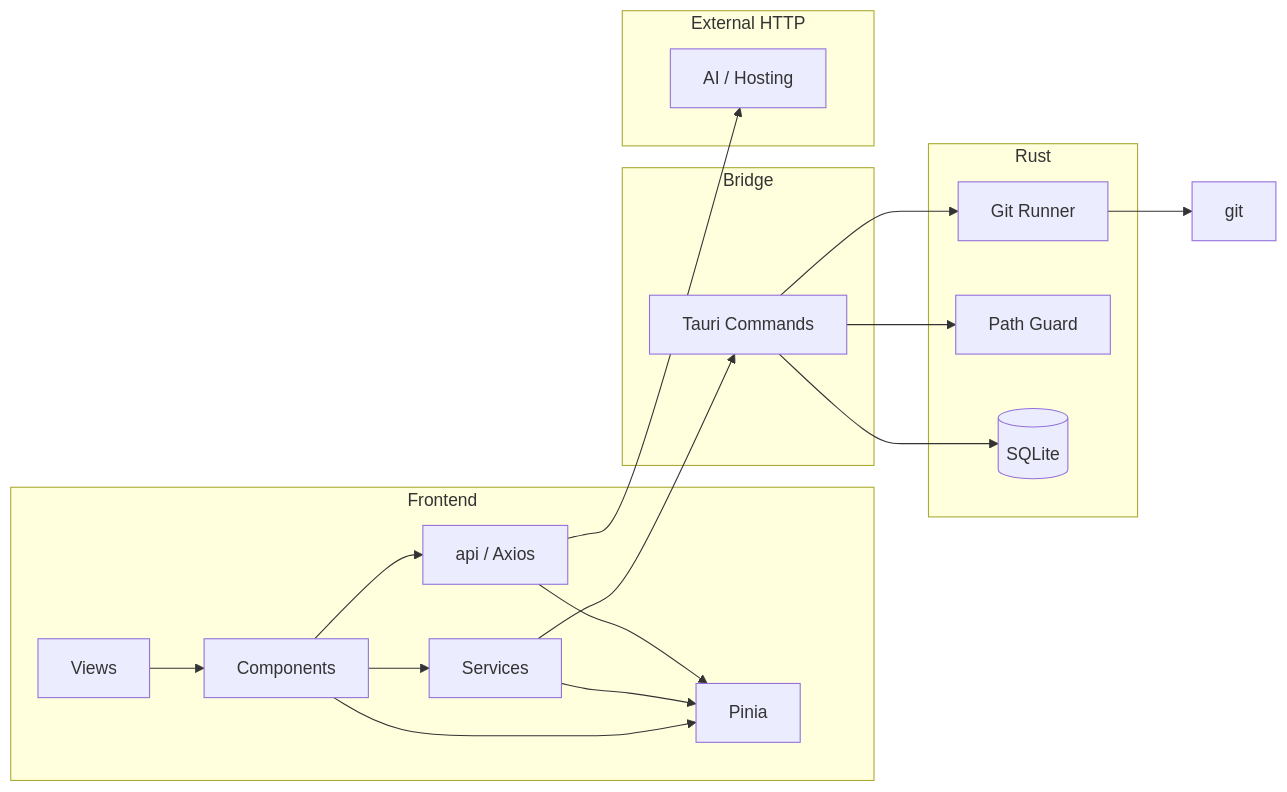
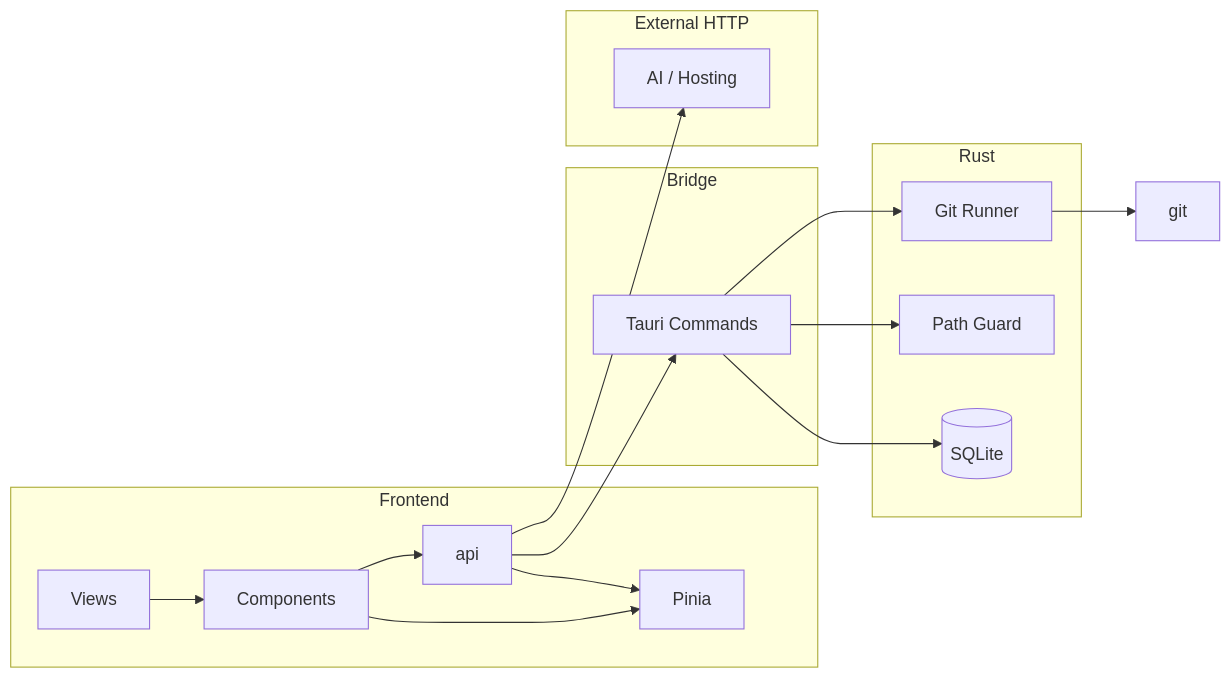
Before and after one commit to DonutGeek/jl-git: the first of 2 diagrams in docs/architecture/overview.md, drawn with Mermaid. The commit also changed other lines of this file and 67 other files, not shown here.

````diff
--- a/docs/architecture/overview.md
+++ b/docs/architecture/overview.md
@@ -30,32 +29,29 @@
 ```mermaid
 flowchart LR
   subgraph frontend [Frontend]
     P[Views]
     C[Components]
-    S[Services]
-    A[api / Axios]
+    A[api]
     Z[Pinia]
     P --> C
-    C --> S
     C --> A
     C --> Z
-    S --> Z
     A --> Z
   end
   subgraph bridge [Bridge]
     CMD[Tauri Commands]
   end
   subgraph backend [Rust]
     G[Git Runner]
     FS[Path Guard]
     DB[(SQLite)]
   end
   subgraph http [External HTTP]
     NET[AI / Hosting]
   end
-  S --> CMD --> G
+  A --> CMD --> G
   CMD --> FS
   CMD --> DB
   G --> CLI[git]
   A --> NET
 ```
````
